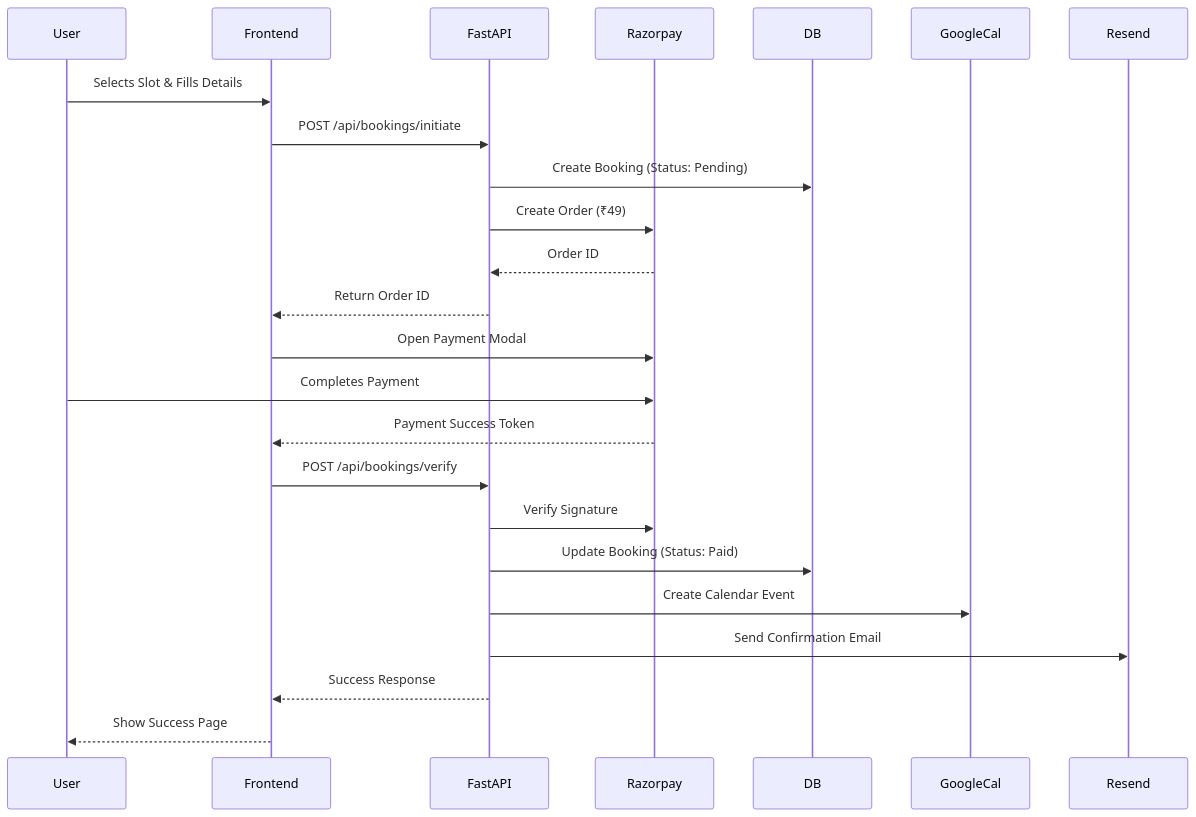
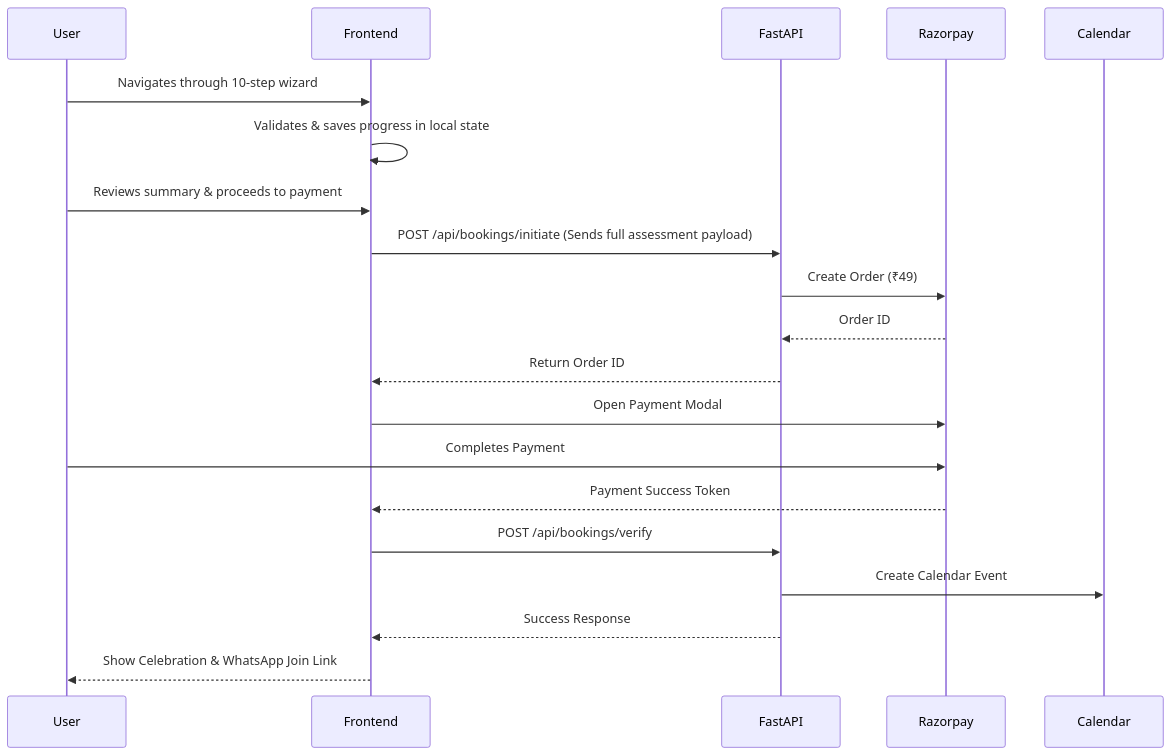
One commit to vanshbahl/fitness-coach-site changed the second of 2 diagrams in docs/ARCHITECTURE.md. Above: the diagram before and after it, drawn with Mermaid. The commit also changed other lines of this file and 6 other files, not shown here.

Commit message:
Updation: Docs - Updated Database Schema

````diff
--- a/docs/ARCHITECTURE.md
+++ b/docs/ARCHITECTURE.md
@@ -33,27 +35,23 @@
 ```mermaid
 sequenceDiagram
     participant User
     participant Frontend
     participant FastAPI
     participant Razorpay
-    participant DB
-    participant GoogleCal
-    participant Resend
+    participant Calendar
 
-    User->>Frontend: Selects Slot & Fills Details
-    Frontend->>FastAPI: POST /api/bookings/initiate
-    FastAPI->>DB: Create Booking (Status: Pending)
+    User->>Frontend: Navigates through 10-step wizard
+    Frontend->>Frontend: Validates & saves progress in local state
+    User->>Frontend: Reviews summary & proceeds to payment
+    Frontend->>FastAPI: POST /api/bookings/initiate (Sends full assessment payload)
     FastAPI->>Razorpay: Create Order (₹49)
     Razorpay-->>FastAPI: Order ID
     FastAPI-->>Frontend: Return Order ID
     Frontend->>Razorpay: Open Payment Modal
     User->>Razorpay: Completes Payment
     Razorpay-->>Frontend: Payment Success Token
     Frontend->>FastAPI: POST /api/bookings/verify
-    FastAPI->>Razorpay: Verify Signature
-    FastAPI->>DB: Update Booking (Status: Paid)
-    FastAPI->>GoogleCal: Create Calendar Event
-    FastAPI->>Resend: Send Confirmation Email
+    FastAPI->>Calendar: Create Calendar Event
     FastAPI-->>Frontend: Success Response
-    Frontend-->>User: Show Success Page
+    Frontend-->>User: Show Celebration & WhatsApp Join Link
 ```
````
